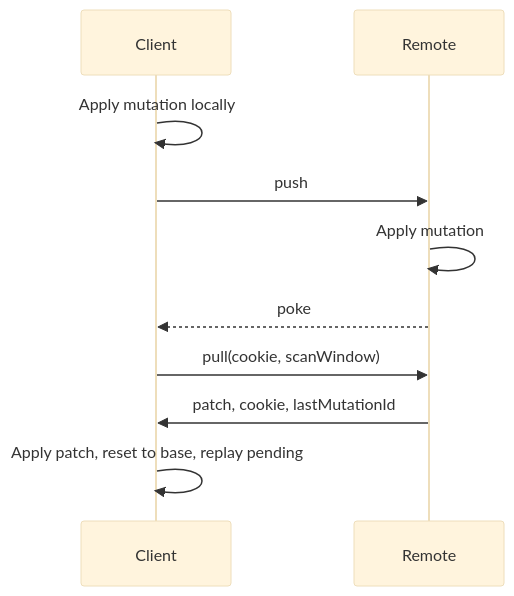
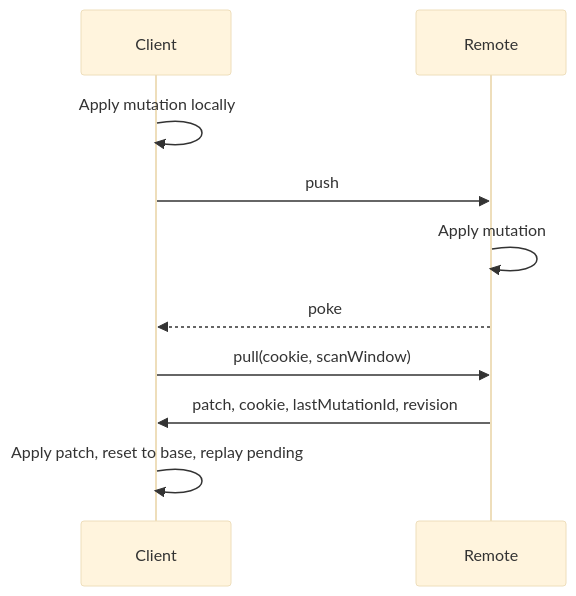
One commit to tanishqkancharla/tandem changed the diagram in docs/sync.md. Above: the diagram before and after it, drawn with Mermaid (base theme). The commit also changed other lines of this file and 15 other files, not shown here.

````diff
--- a/docs/sync.md
+++ b/docs/sync.md
@@ -82,12 +90,12 @@
 ```mermaid
 sequenceDiagram
 	participant C as Client
 	participant R as Remote
 	C->>C: Apply mutation locally
 	C->>R: push
 	R->>R: Apply mutation
 	R-->>C: poke
 	C->>R: pull(cookie, scanWindow)
-	R->>C: patch, cookie, lastMutationId
+	R->>C: patch, cookie, lastMutationId, revision
 	C->>C: Apply patch, reset to base, replay pending
 ```
````
